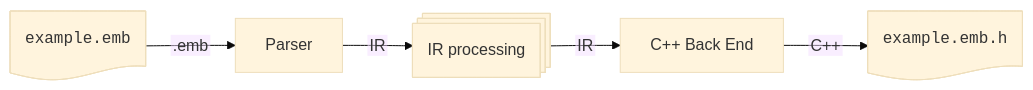
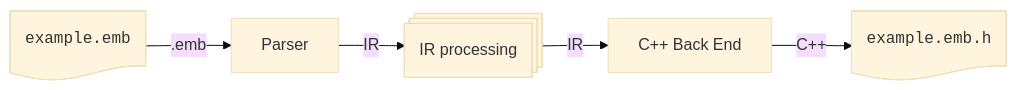
Before and after one commit to reventlov/emboss: the diagram in doc/design.md, drawn with Mermaid (base theme).

````diff
--- a/doc/design.md
+++ b/doc/design.md
@@ -13,13 +13,13 @@
 ```mermaid
-%%{init: {"flowchart": {"htmlLabels": false}} }%%
+%%{init: {"flowchart": {"htmlLabels": true}} }%%
 graph LR;
     diskstart@{ shape: doc, label: "<code>example.emb</code>" }
-    parser["`Parser`"]
+    parser["Parser"]
     processing@{ shape: procs, label: "IR processing" }
-    backend["`C++ Back End`"]
+    backend["C++ Back End"]
     diskend@{ shape: doc, label: "<code>example.emb.h</code>" }
-    diskstart-- "`.emb`" -->parser
+    diskstart-- ".emb" -->parser
     parser-- IR -->processing
     processing-- IR -->backend
     backend-- "C++" -->diskend
 ```
````
